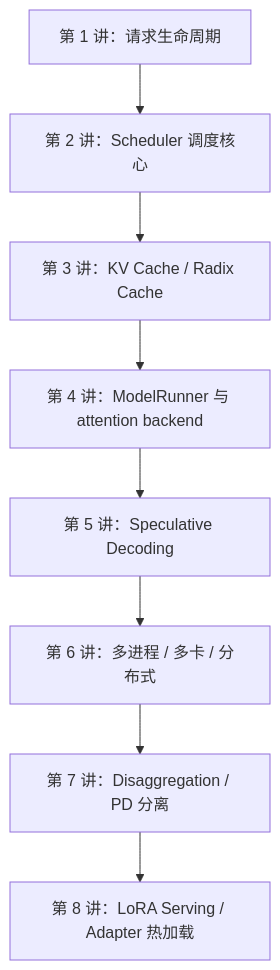
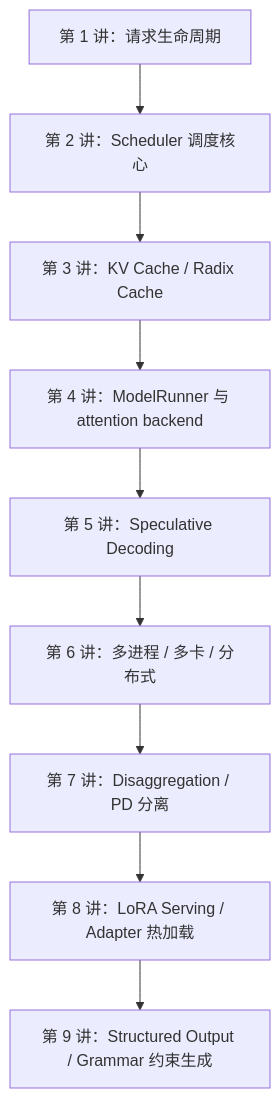
The diagram in learning/sglang-source-reading/README.md (cl-vv-h/SGLang_Tutor), drawn with Mermaid before and after one commit. The commit also changed other lines of this file and 1 other file, not shown here.

Commit message:
Add LoRA serving source reading lesson

````diff
--- a/learning/sglang-source-reading/README.md
+++ b/learning/sglang-source-reading/README.md
@@ -7,10 +7,11 @@
 ```mermaid
 flowchart TD
   A["第 1 讲：请求生命周期"] --> B["第 2 讲：Scheduler 调度核心"]
   B --> C["第 3 讲：KV Cache / Radix Cache"]
   C --> D["第 4 讲：ModelRunner 与 attention backend"]
   D --> E["第 5 讲：Speculative Decoding"]
   E --> F["第 6 讲：多进程 / 多卡 / 分布式"]
   F --> G["第 7 讲：Disaggregation / PD 分离"]
   G --> H["第 8 讲：LoRA Serving / Adapter 热加载"]
+  H --> I["第 9 讲：Structured Output / Grammar 约束生成"]
 ```
````
